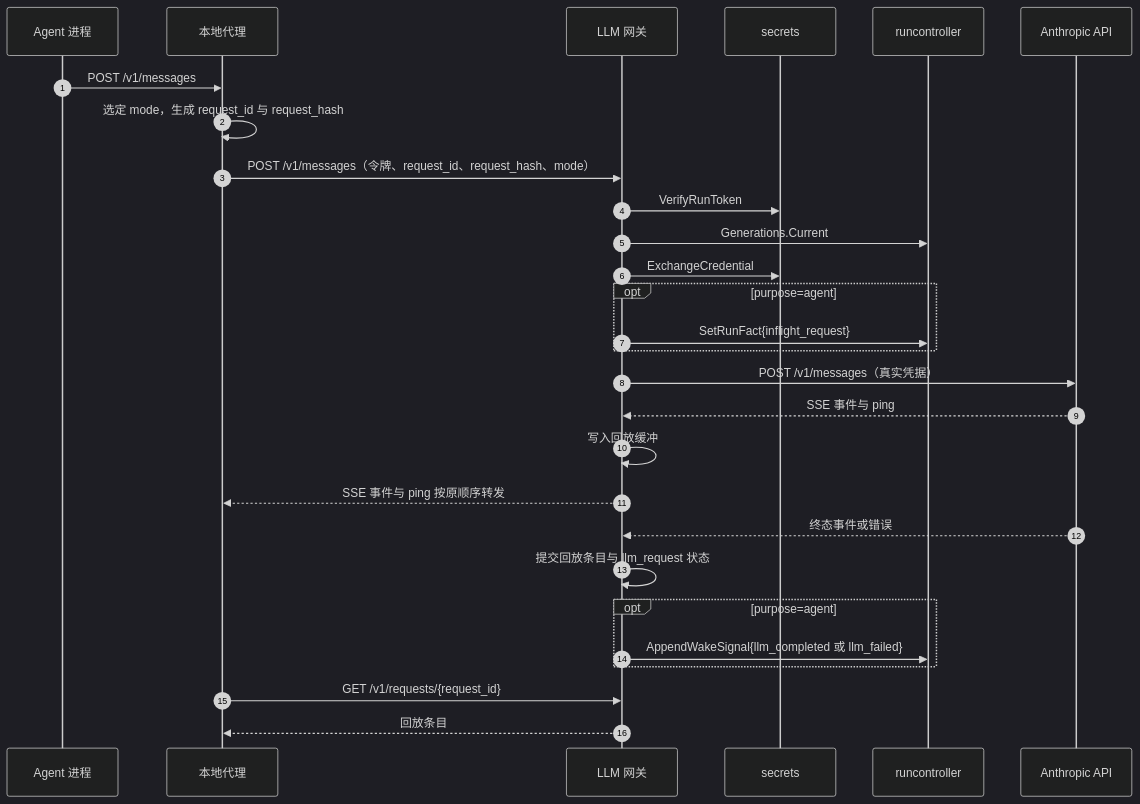
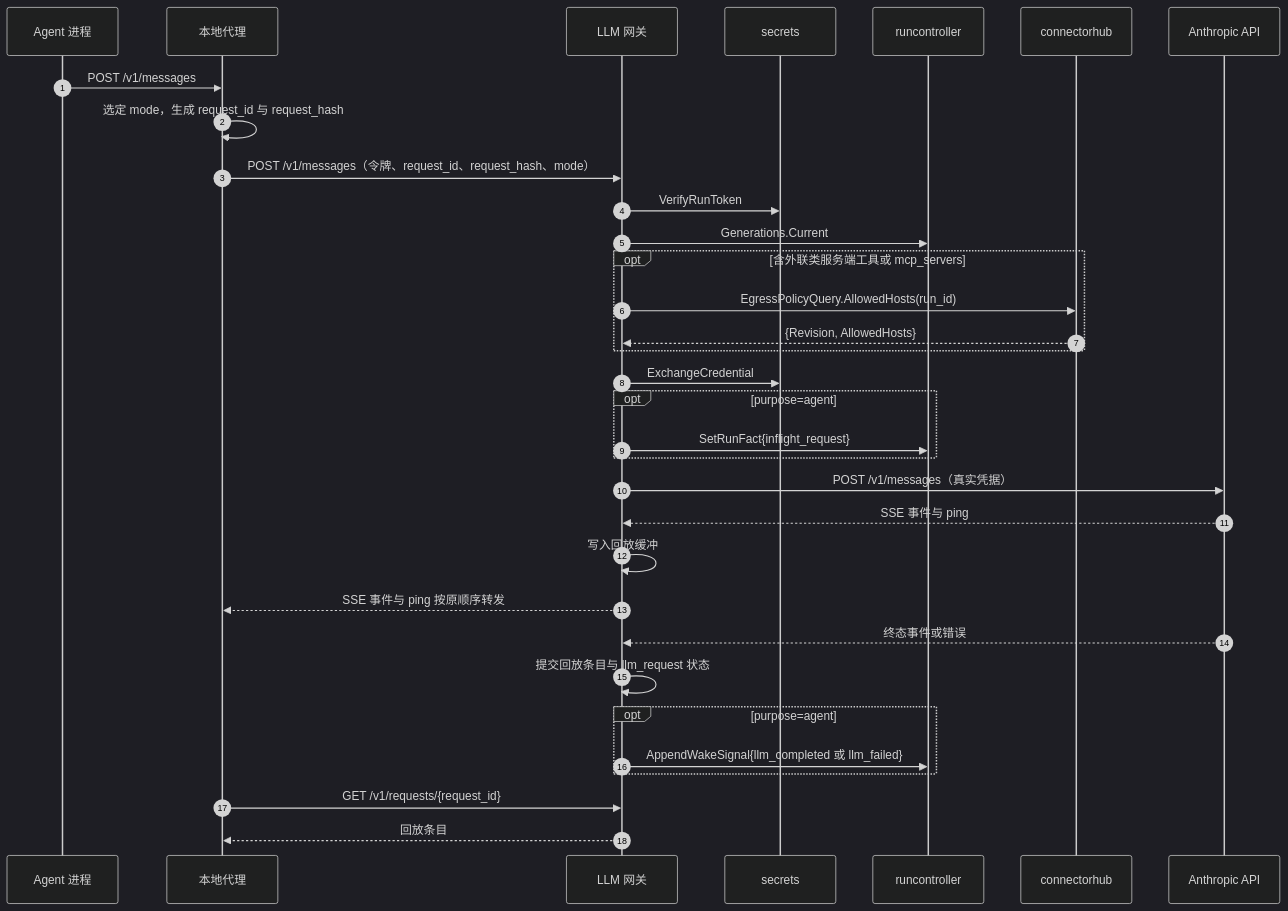
The first of 3 diagrams in docs/design/modules/design-llmgateway.md (wangzw/castworks), drawn with Mermaid (dark theme) before and after one commit. The commit also changed other lines of this file and 29 other files, not shown here.

````diff
--- a/docs/design/modules/design-llmgateway.md
+++ b/docs/design/modules/design-llmgateway.md
@@ -146,30 +163,35 @@
 ```mermaid
 sequenceDiagram
     autonumber
     participant A as Agent 进程
     participant P as 本地代理
     participant G as LLM 网关
     participant S as secrets
     participant R as runcontroller
+    participant H as connectorhub
     participant U as Anthropic API
     A->>P: POST /v1/messages
     P->>P: 选定 mode，生成 request_id 与 request_hash
     P->>G: POST /v1/messages（令牌、request_id、request_hash、mode）
     G->>S: VerifyRunToken
     G->>R: Generations.Current
+    opt 含外联类服务端工具或 mcp_servers
+        G->>H: EgressPolicyQuery.AllowedHosts(run_id)
+        H-->>G: {Revision, AllowedHosts}
+    end
     G->>S: ExchangeCredential
     opt purpose=agent
         G->>R: SetRunFact{inflight_request}
     end
     G->>U: POST /v1/messages（真实凭据）
     U-->>G: SSE 事件与 ping
     G->>G: 写入回放缓冲
     G-->>P: SSE 事件与 ping 按原顺序转发
     U-->>G: 终态事件或错误
     G->>G: 提交回放条目与 llm_request 状态
     opt purpose=agent
         G->>R: AppendWakeSignal{llm_completed 或 llm_failed}
     end
     P->>G: GET /v1/requests/{request_id}
     G-->>P: 回放条目
 ```
````
